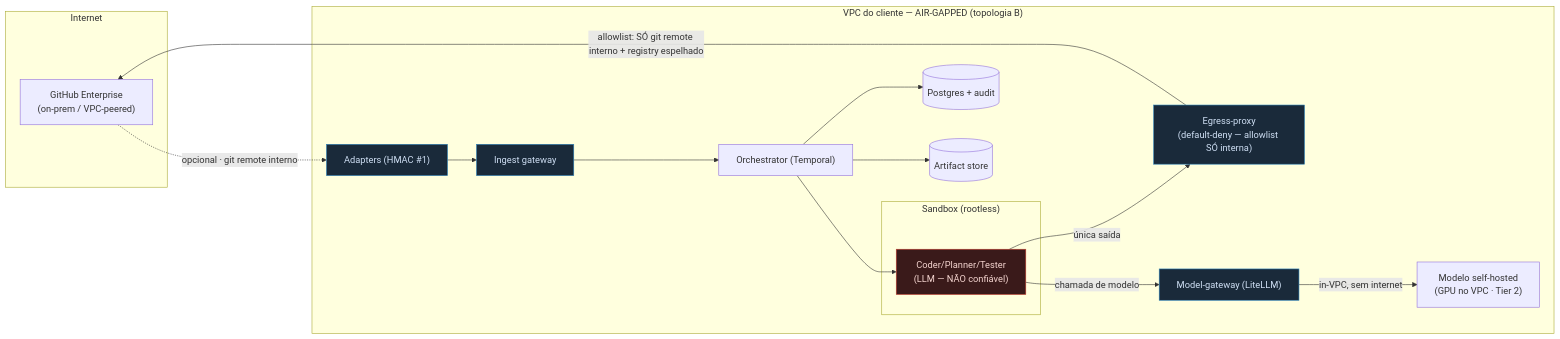
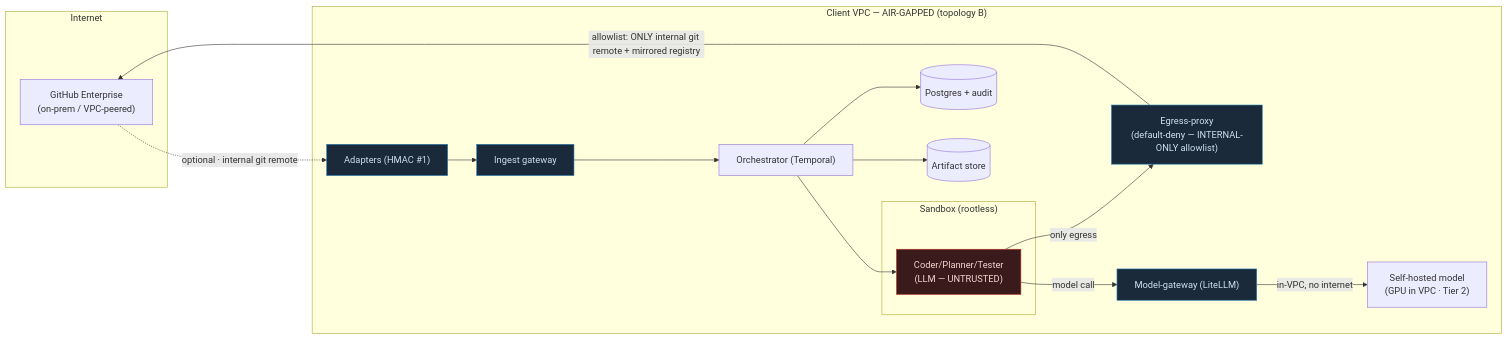
The second of 2 diagrams in infra/THREAT-MODEL.md (andresaraivafintex/dse_agent), drawn with Mermaid before and after one commit. The commit also changed other lines of this file and 421 other files, not shown here.

````diff
--- a/infra/THREAT-MODEL.md
+++ b/infra/THREAT-MODEL.md
@@ -204,33 +205,33 @@
 ```mermaid
 flowchart LR
     subgraph internet["Internet"]
         gh["GitHub Enterprise\n(on-prem / VPC-peered)"]
     end
 
-    subgraph vpc["VPC do cliente — AIR-GAPPED (topologia B)"]
+    subgraph vpc["Client VPC — AIR-GAPPED (topology B)"]
         adapter["Adapters (HMAC #1)"]
         ingest["Ingest gateway"]
         orch["Orchestrator (Temporal)"]
         subgraph sbx["Sandbox (rootless)"]
-            coder["Coder/Planner/Tester\n(LLM — NÃO confiável)"]
+            coder["Coder/Planner/Tester\n(LLM — UNTRUSTED)"]
         end
-        egress["Egress-proxy\n(default-deny — allowlist SÓ interna)"]
+        egress["Egress-proxy\n(default-deny — INTERNAL-ONLY allowlist)"]
         mg["Model-gateway (LiteLLM)"]
-        model["Modelo self-hosted\n(GPU no VPC · Tier 2)"]
+        model["Self-hosted model\n(GPU in VPC · Tier 2)"]
         pg[("Postgres + audit")]
         art[("Artifact store")]
     end
 
-    gh -.->|"opcional · git remote interno"| adapter --> ingest --> orch --> coder
-    coder -->|"única saída"| egress
-    coder -->|"chamada de modelo"| mg
-    mg -->|"in-VPC, sem internet"| model
-    egress -->|"allowlist: SÓ git remote interno + registry espelhado"| gh
+    gh -.->|"optional · internal git remote"| adapter --> ingest --> orch --> coder
+    coder -->|"only egress"| egress
+    coder -->|"model call"| mg
+    mg -->|"in-VPC, no internet"| model
+    egress -->|"allowlist: ONLY internal git remote + mirrored registry"| gh
     orch --> pg
     orch --> art
 
     classDef untrusted fill:#3a1a1a,stroke:#c0392b,color:#f5d5d0;
     classDef contained fill:#1a2a3a,stroke:#2980b9,color:#d0e0f5;
     class coder untrusted;
     class egress,mg,ingest,adapter contained;
 ```
````
